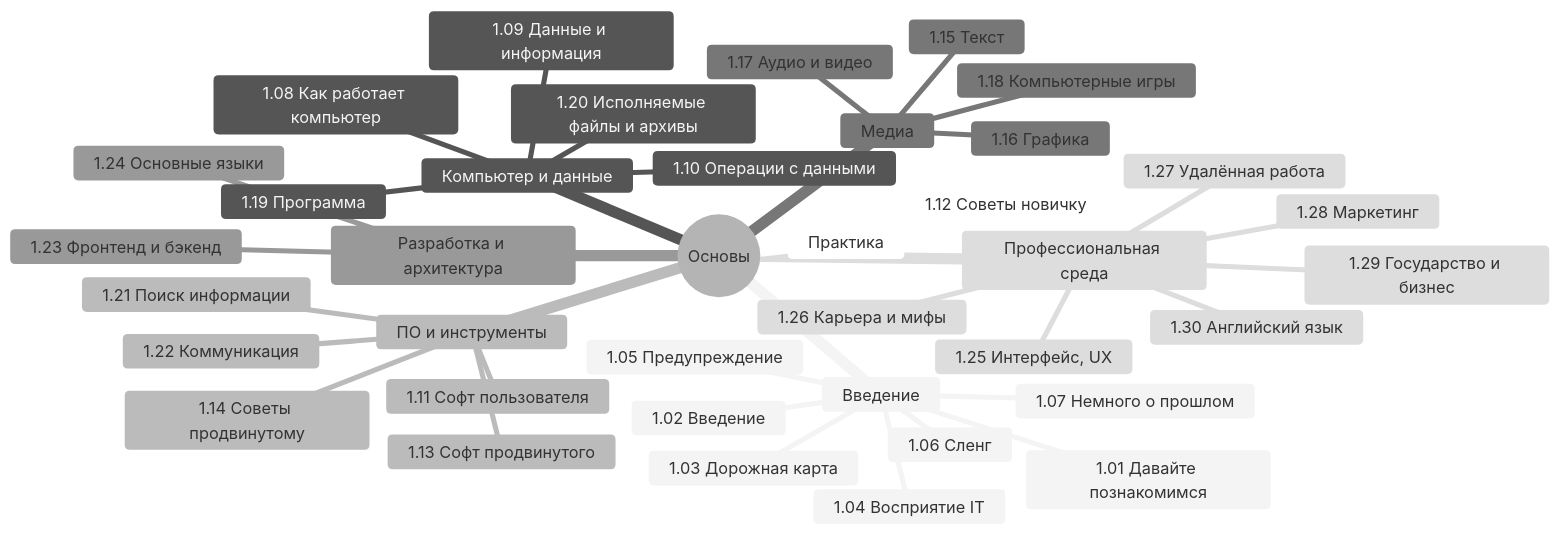
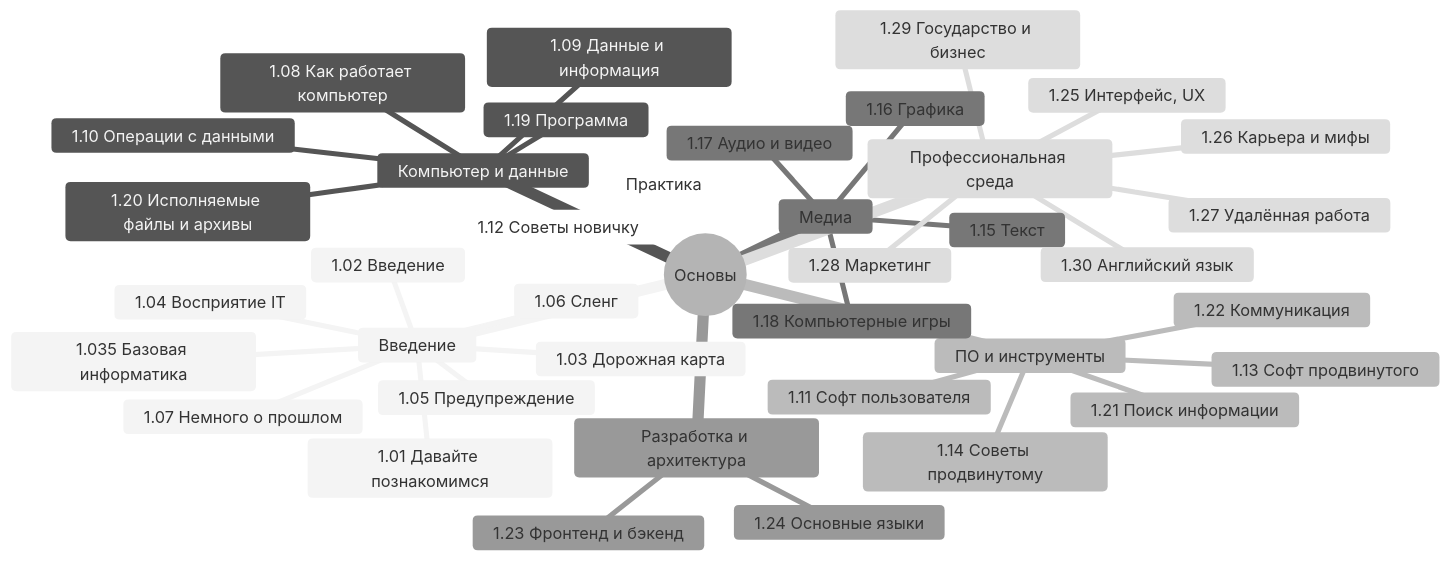
The diagram in docs/encyclopedia/1-basics/basics.md (Spirzen/it-knowledge-base), drawn with Mermaid (neutral theme) before and after one commit. The commit also changed 1180 other files, not shown here.

````diff
--- a/docs/encyclopedia/1-basics/basics.md
+++ b/docs/encyclopedia/1-basics/basics.md
@@ -25,41 +25,42 @@
 ```mermaid
 mindmap
   root((Основы))
     Введение
       1.01 Давайте познакомимся
       1.02 Введение
       1.03 Дорожная карта
+      1.035 Базовая информатика
       1.04 Восприятие IT
       1.05 Предупреждение
       1.06 Сленг
       1.07 Немного о прошлом
     Компьютер и данные
       1.08 Как работает компьютер
       1.09 Данные и информация
       1.10 Операции с данными
       1.19 Программа
       1.20 Исполняемые файлы и архивы
     ПО и инструменты
       1.11 Софт пользователя
       1.13 Софт продвинутого
       1.14 Советы продвинутому
       1.21 Поиск информации
       1.22 Коммуникация
     Медиа
       1.15 Текст
       1.16 Графика
       1.17 Аудио и видео
       1.18 Компьютерные игры
     Разработка и архитектура
       1.23 Фронтенд и бэкенд
       1.24 Основные языки
     Профессиональная среда
       1.25 Интерфейс, UX
       1.26 Карьера и мифы
       1.27 Удалённая работа
       1.28 Маркетинг
       1.29 Государство и бизнес
       1.30 Английский язык
     Практика
       1.12 Советы новичку
 ```
````
